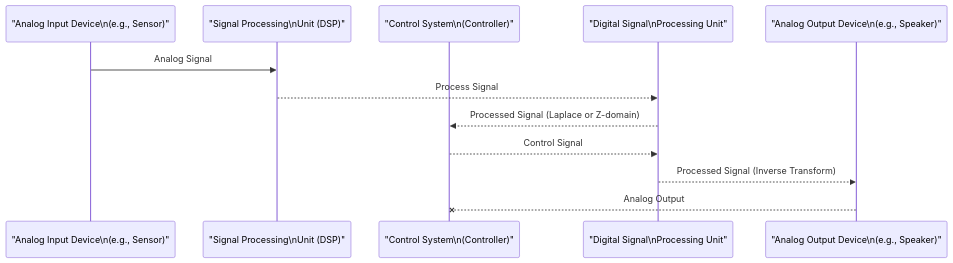
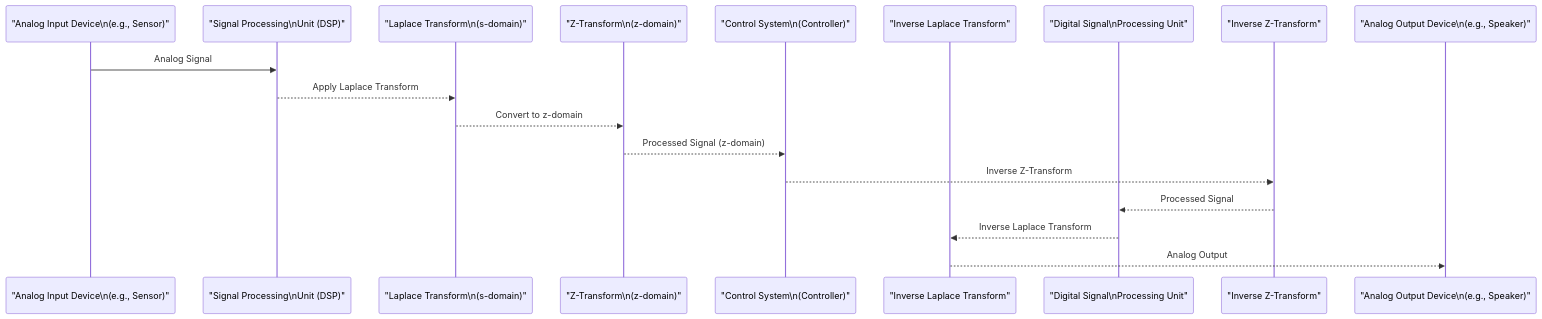
One commit to setrar/DigiCom changed the diagram in Labs/TP0/DSP.md. Above: the diagram before and after it, drawn with Mermaid.

````diff
--- a/Labs/TP0/DSP.md
+++ b/Labs/TP0/DSP.md
@@ -1,15 +1,21 @@
 ```mermaid
 sequenceDiagram
   participant AnalogInput as "Analog Input Device\n(e.g., Sensor)"
   participant SignalProcessing as "Signal Processing\nUnit (DSP)"
+  participant LaplaceTransform as "Laplace Transform\n(s-domain)"
+  participant ZTransform as "Z-Transform\n(z-domain)"
   participant ControlSystem as "Control System\n(Controller)"
+  participant InverseLaplace as "Inverse Laplace Transform"
   participant DigitalProcessing as "Digital Signal\nProcessing Unit"
+  participant InverseZTransform as "Inverse Z-Transform"
   participant AnalogOutput as "Analog Output Device\n(e.g., Speaker)"
 
   AnalogInput->>SignalProcessing: Analog Signal
-  SignalProcessing-->>DigitalProcessing: Process Signal
-  DigitalProcessing-->>ControlSystem: Processed Signal (Laplace or Z-domain)
-  ControlSystem-->>DigitalProcessing: Control Signal
-  DigitalProcessing-->>AnalogOutput: Processed Signal (Inverse Transform)
-  AnalogOutput--x ControlSystem: Analog Output
+  SignalProcessing-->>LaplaceTransform: Apply Laplace Transform
+  LaplaceTransform-->>ZTransform: Convert to z-domain
+  ZTransform-->>ControlSystem: Processed Signal (z-domain)
+  ControlSystem-->>InverseZTransform: Inverse Z-Transform
+  InverseZTransform-->>DigitalProcessing: Processed Signal
+  DigitalProcessing-->>InverseLaplace: Inverse Laplace Transform
+  InverseLaplace-->>AnalogOutput: Analog Output
 ```
````
